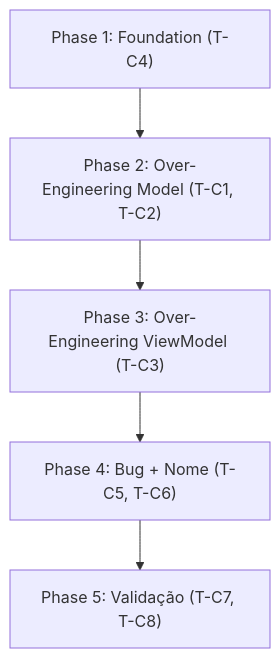
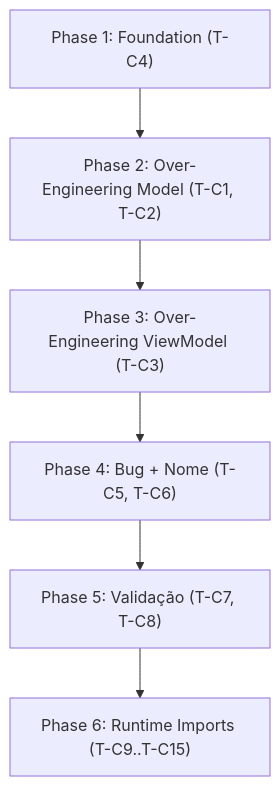
The first of 2 diagrams in specs/001-login-component/tasks.md (BrunoWatanabe/TCC-KPC), drawn with Mermaid before and after one commit. The commit also changed other lines of this file and 12 other files, not shown here.

````diff
--- a/specs/001-login-component/tasks.md
+++ b/specs/001-login-component/tasks.md
@@ -155,7 +214,8 @@
 ```mermaid
 graph TD
     Phase1["Phase 1: Foundation (T-C4)"] --> Phase2["Phase 2: Over-Engineering Model (T-C1, T-C2)"]
     Phase2 --> Phase3["Phase 3: Over-Engineering ViewModel (T-C3)"]
     Phase3 --> Phase4["Phase 4: Bug + Nome (T-C5, T-C6)"]
     Phase4 --> Phase5["Phase 5: Validação (T-C7, T-C8)"]
+    Phase5 --> Phase6["Phase 6: Runtime Imports (T-C9..T-C15)"]
 ```
````
